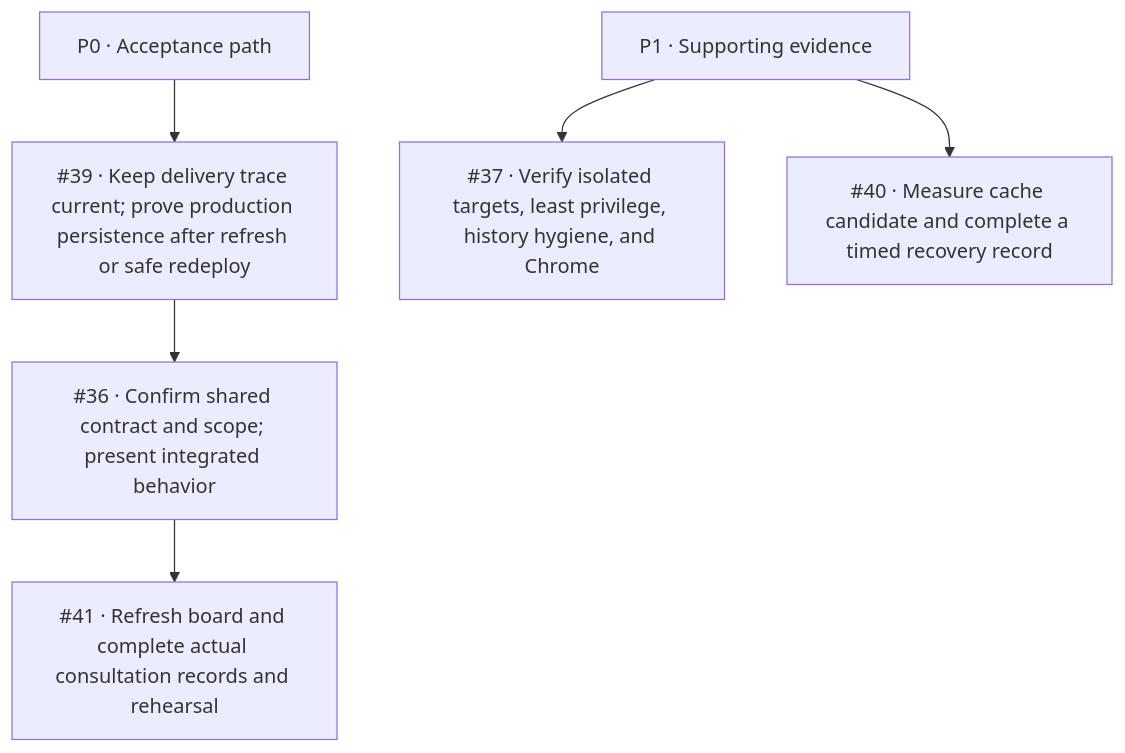
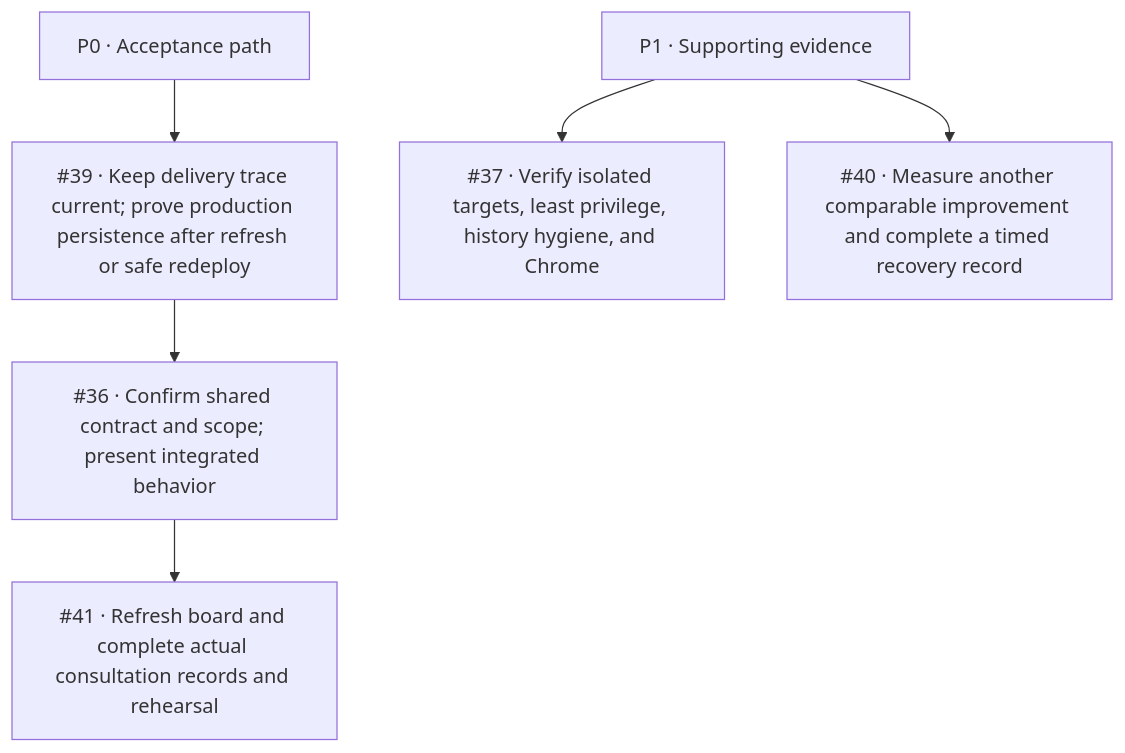
One commit to kendshhh/PhishLens changed the diagram in docs/devops/backlog-audit-2026-10-28.md. Above: the diagram before and after it, drawn with Mermaid. The commit also changed other lines of this file and 9 other files, not shown here.

````diff
--- a/docs/devops/backlog-audit-2026-10-28.md
+++ b/docs/devops/backlog-audit-2026-10-28.md
@@ -38,8 +37,8 @@
 ```mermaid
 flowchart TD
   P0["P0 · Acceptance path"] --> I39["#39 · Keep delivery trace current; prove production persistence after refresh or safe redeploy"]
   I39 --> I36["#36 · Confirm shared contract and scope; present integrated behavior"]
   I36 --> I41["#41 · Refresh board and complete actual consultation records and rehearsal"]
   P1["P1 · Supporting evidence"] --> I37["#37 · Verify isolated targets, least privilege, history hygiene, and Chrome"]
-  P1 --> I40["#40 · Measure cache candidate and complete a timed recovery record"]
+  P1 --> I40["#40 · Measure another comparable improvement and complete a timed recovery record"]
 ```
````
